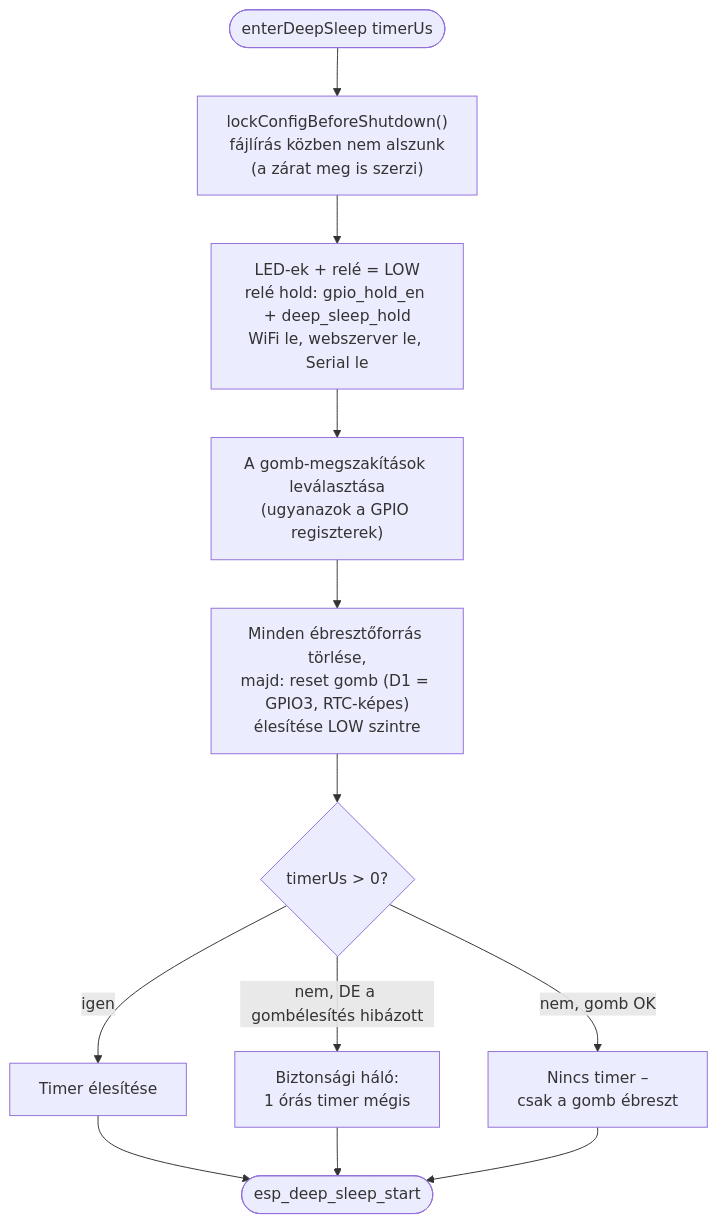
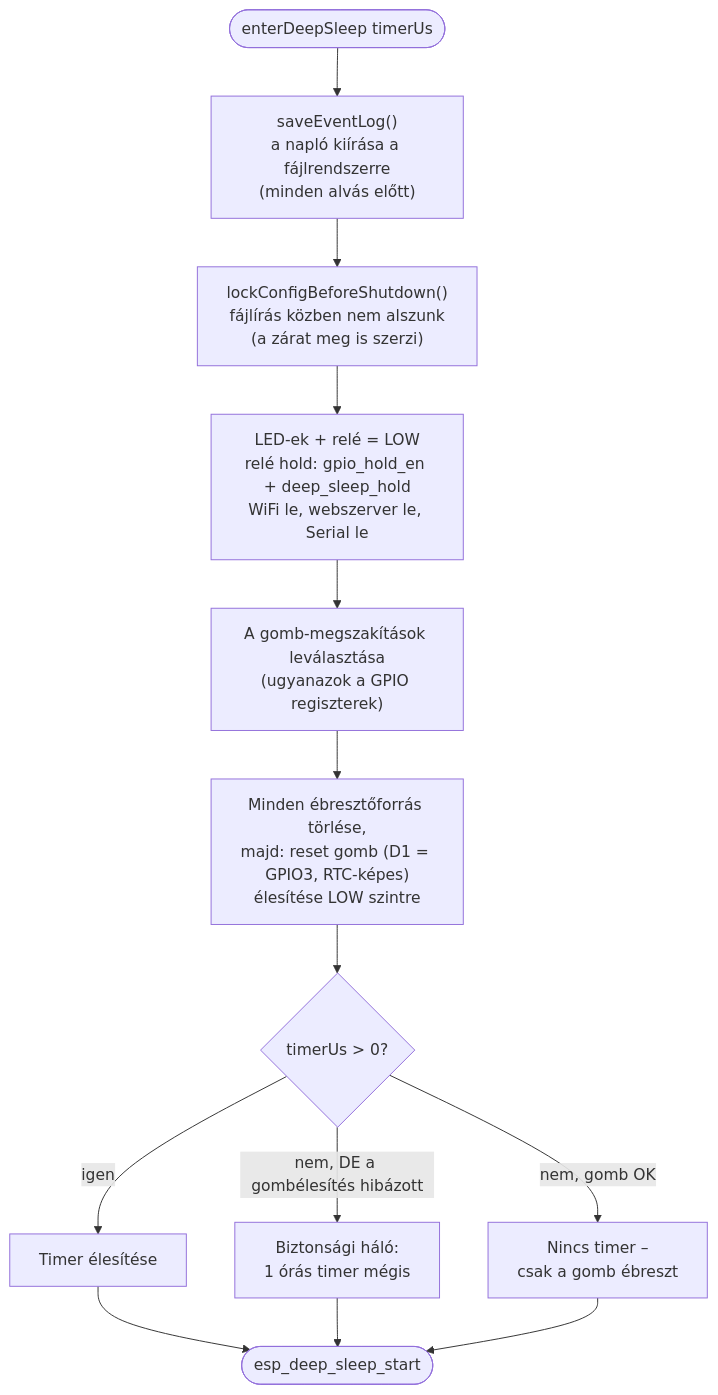
One commit to manszabi/bazsi-router-reboot changed the ninth of 9 diagrams in FOLYAMATABRA.md. Above: the diagram before and after it, drawn with Mermaid. The commit also changed other lines of this file and 6 other files, not shown here.

````diff
--- a/FOLYAMATABRA.md
+++ b/FOLYAMATABRA.md
@@ -258,14 +259,15 @@
 ```mermaid
 flowchart TD
-    IN([enterDeepSleep timerUs]) --> W["lockConfigBeforeShutdown()<br>fájlírás közben nem alszunk<br>(a zárat meg is szerzi)"]
+    IN([enterDeepSleep timerUs]) --> SV["saveEventLog()<br>a napló kiírása a fájlrendszerre<br>(minden alvás előtt)"]
+    SV --> W["lockConfigBeforeShutdown()<br>fájlírás közben nem alszunk<br>(a zárat meg is szerzi)"]
     W --> OFF["LED-ek + relé = LOW<br>relé hold: gpio_hold_en + deep_sleep_hold<br>WiFi le, webszerver le, Serial le"]
     OFF --> DET["A gomb-megszakítások leválasztása<br>(ugyanazok a GPIO regiszterek)"]
     DET --> ARM["Minden ébresztőforrás törlése,<br>majd: reset gomb (D1 = GPIO3, RTC-képes)<br>élesítése LOW szintre"]
     ARM --> TMR{"timerUs > 0?"}
     TMR -->|igen| T1["Timer élesítése"]
     TMR -->|"nem, DE a gombélesítés hibázott"| T2["Biztonsági háló:<br>1 órás timer mégis"]
     TMR -->|"nem, gomb OK"| T3["Nincs timer –<br>csak a gomb ébreszt"]
     T1 --> DS([esp_deep_sleep_start])
     T2 --> DS
     T3 --> DS
 ```
````
